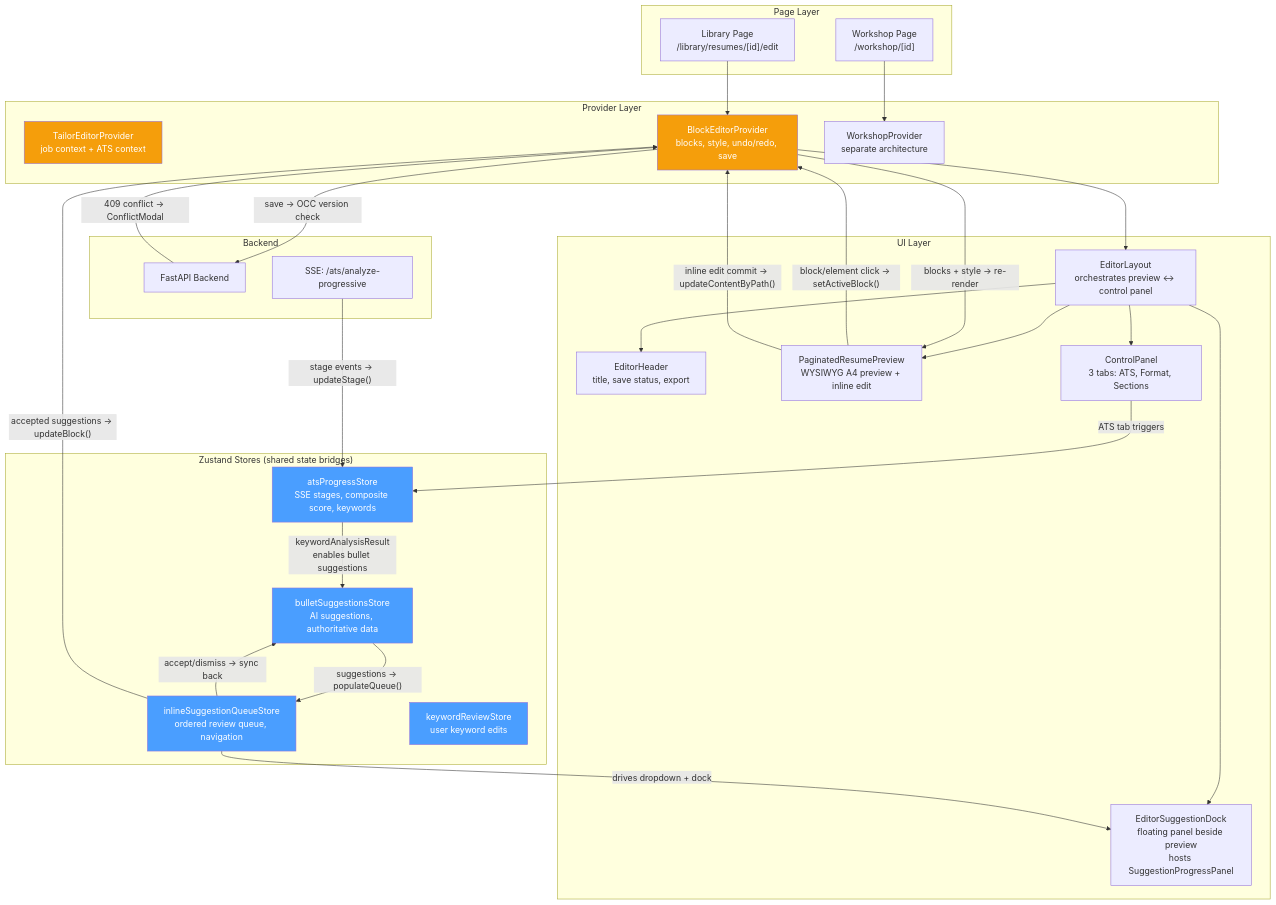
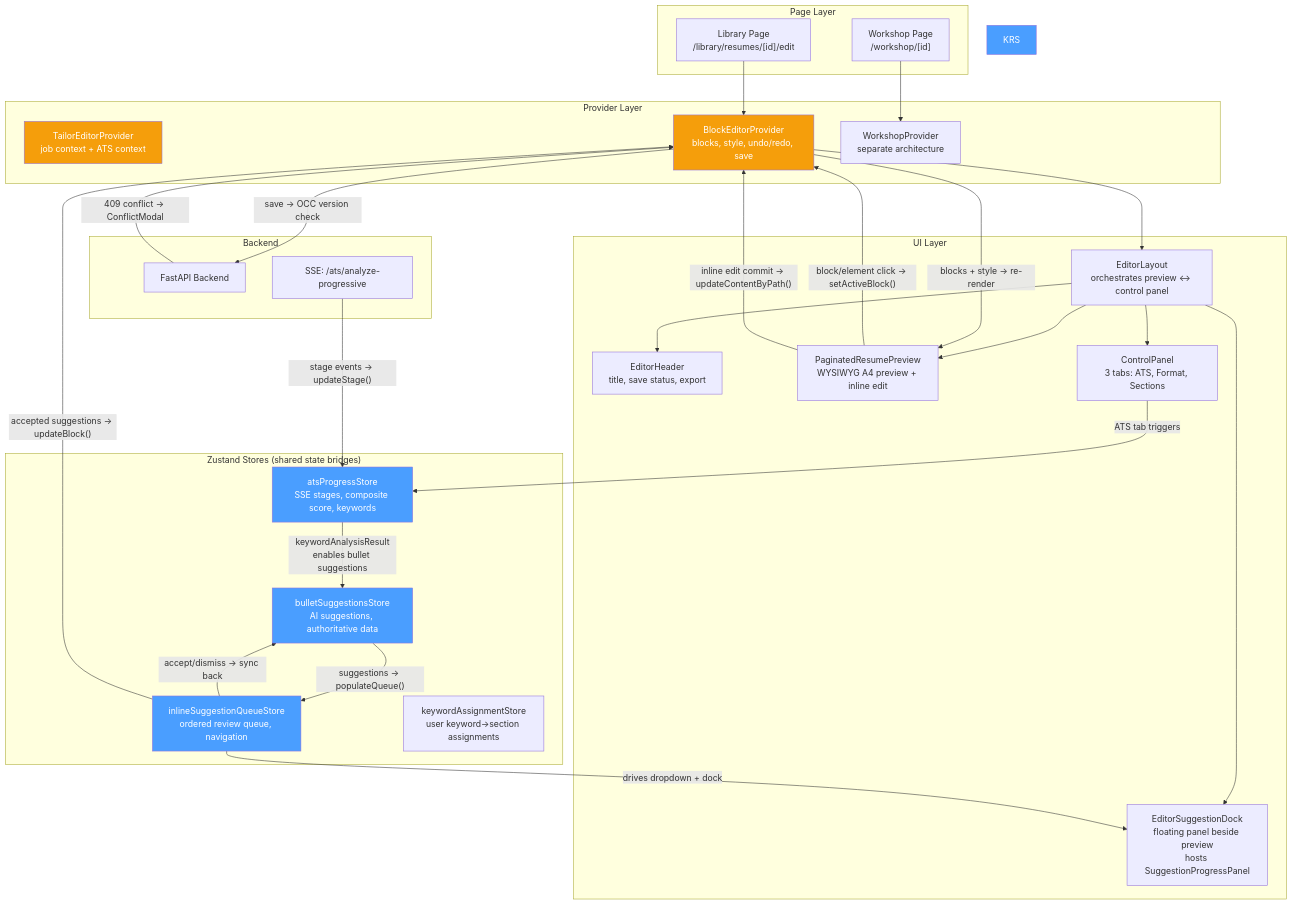
Before and after one commit to Sungchunn/AI-Resume-Tailor: the first of 7 diagrams in docs/architecture/editor-guide.md, drawn with Mermaid. The commit also changed 1 other file, not shown here.

Commit message:
docs: update ATS API reference and editor architecture guide
Add full documentation for POST /ats/analyze-bullets including the new
optional keyword_assignments field and targeted mode behavior.
Update editor-guide.md to reflect keywordAssignmentStore replacing
keywordReviewStore in the store diagram.

````diff
--- a/docs/architecture/editor-guide.md
+++ b/docs/architecture/editor-guide.md
@@ -13,64 +13,64 @@
 ```mermaid
 graph TB
     subgraph "Page Layer"
         LP["Library Page<br/>/library/resumes/[id]/edit"]
         WP["Workshop Page<br/>/workshop/[id]"]
     end
 
     subgraph "Provider Layer"
         TEP["TailorEditorProvider<br/>job context + ATS context"]
         BEP["BlockEditorProvider<br/>blocks, style, undo/redo, save"]
         WSP["WorkshopProvider<br/>separate architecture"]
     end
 
     subgraph "UI Layer"
         EL["EditorLayout<br/>orchestrates preview ↔ control panel"]
         EH["EditorHeader<br/>title, save status, export"]
         PP["PaginatedResumePreview<br/>WYSIWYG A4 preview + inline edit"]
         CP["ControlPanel<br/>3 tabs: ATS, Format, Sections"]
         ESD["EditorSuggestionDock<br/>floating panel beside preview<br/>hosts SuggestionProgressPanel"]
     end
 
     subgraph "Zustand Stores (shared state bridges)"
         APS["atsProgressStore<br/>SSE stages, composite score, keywords"]
         BSS["bulletSuggestionsStore<br/>AI suggestions, authoritative data"]
         ISQS["inlineSuggestionQueueStore<br/>ordered review queue, navigation"]
-        KRS["keywordReviewStore<br/>user keyword edits"]
+        KAS["keywordAssignmentStore<br/>user keyword→section assignments"]
     end
 
     subgraph "Backend"
         API["FastAPI Backend"]
         SSE["SSE: /ats/analyze-progressive"]
     end
 
     LP --> BEP
     WP --> WSP
 
     BEP --> EL
     EL --> EH
     EL --> PP
     EL --> CP
     EL --> ESD
 
     CP -- "ATS tab triggers" --> APS
     APS -- "keywordAnalysisResult<br/>enables bullet suggestions" --> BSS
     BSS -- "suggestions → populateQueue()" --> ISQS
     ISQS -- "drives dropdown + dock" --> ESD
     ISQS -- "accept/dismiss → sync back" --> BSS
     ISQS -- "accepted suggestions → updateBlock()" --> BEP
 
     PP -- "block/element click → setActiveBlock()" --> BEP
     PP -- "inline edit commit → updateContentByPath()" --> BEP
     BEP -- "blocks + style → re-render" --> PP
 
     BEP -- "save → OCC version check" --> API
     API -- "409 conflict → ConflictModal" --> BEP
     SSE -- "stage events → updateStage()" --> APS
 
     style APS fill:#4a9eff,color:#fff
     style BSS fill:#4a9eff,color:#fff
     style ISQS fill:#4a9eff,color:#fff
     style KRS fill:#4a9eff,color:#fff
     style BEP fill:#f59e0b,color:#fff
     style TEP fill:#f59e0b,color:#fff
 ```
````
